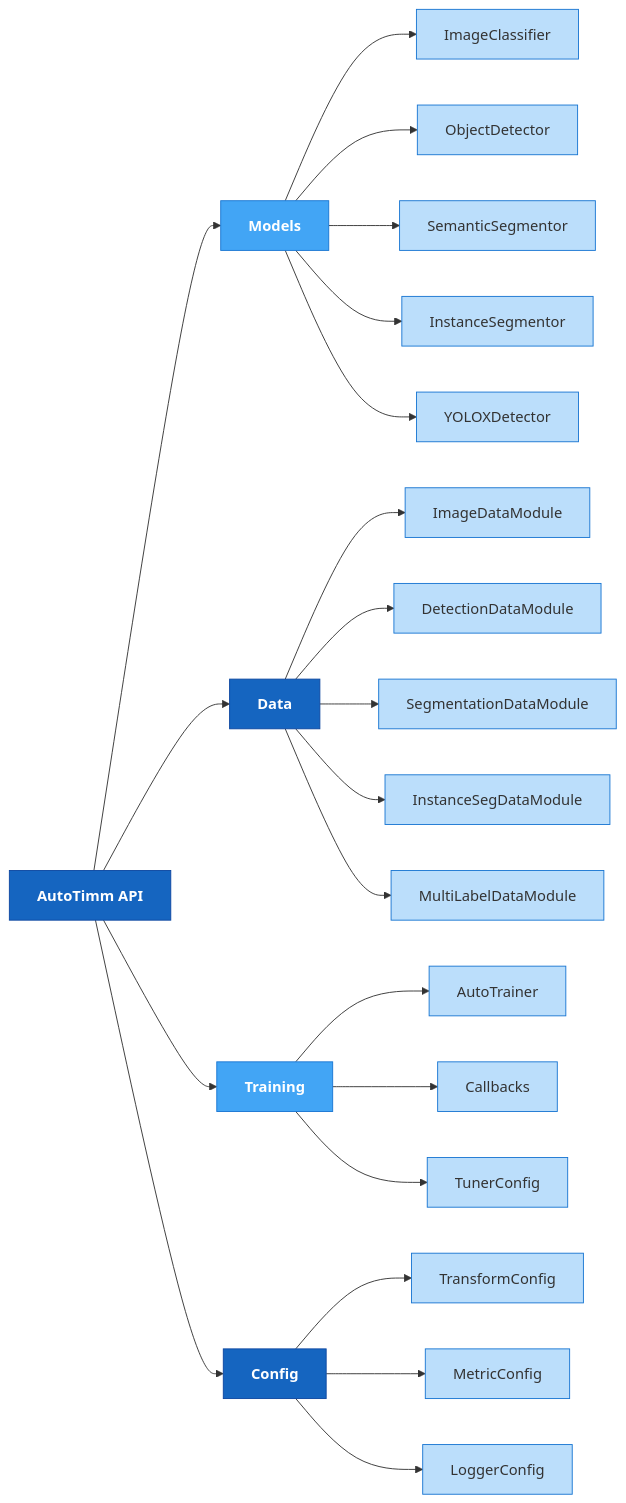
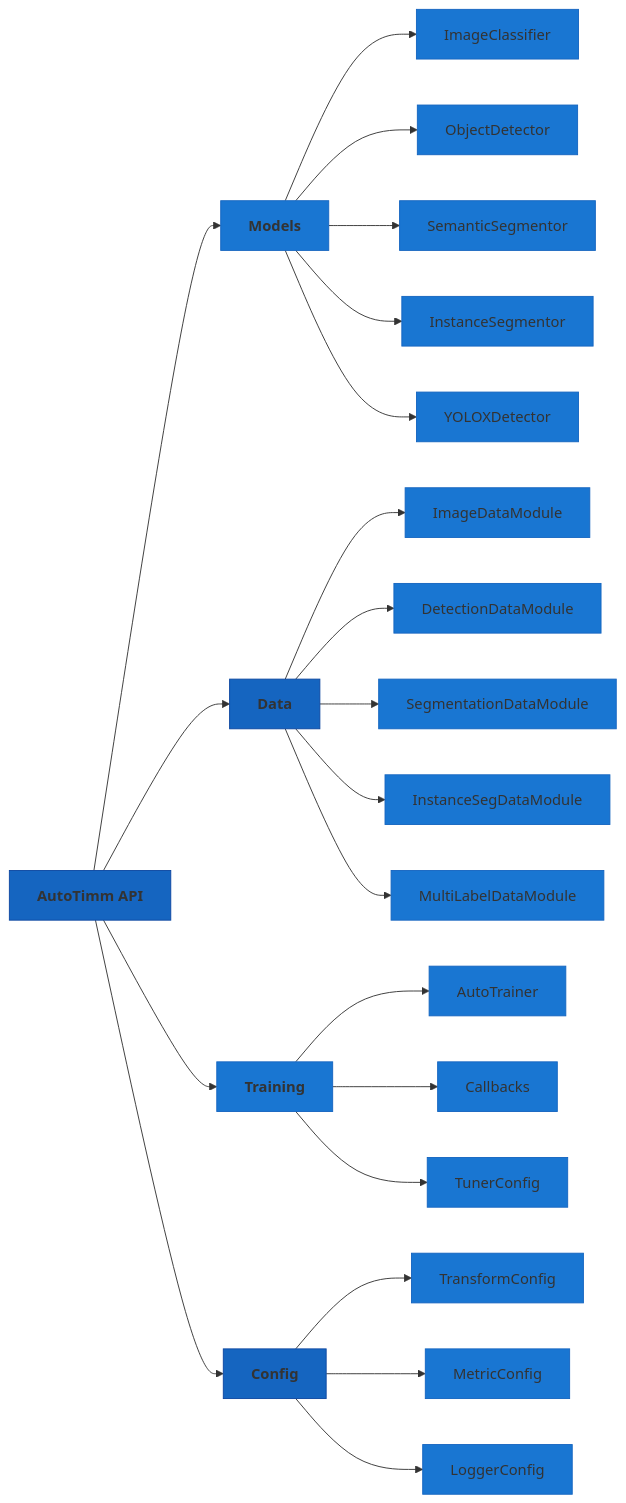
Before and after one commit to theja-vanka/AutoTimm: the diagram in docs/api/index.md, drawn with Mermaid. The commit also changed 37 other files, not shown here.

````diff
--- a/docs/api/index.md
+++ b/docs/api/index.md
@@ -7,49 +7,49 @@
 ```mermaid
 graph LR
     A[<b>AutoTimm API</b>] --> B[<b>Models</b>]
     A --> C[<b>Data</b>]
     A --> D[<b>Training</b>]
     A --> E[<b>Config</b>]
 
     B --> B1[ImageClassifier]
     B --> B2[ObjectDetector]
     B --> B3[SemanticSegmentor]
     B --> B4[InstanceSegmentor]
     B --> B5[YOLOXDetector]
 
     C --> C1[ImageDataModule]
     C --> C2[DetectionDataModule]
     C --> C3[SegmentationDataModule]
     C --> C4[InstanceSegDataModule]
     C --> C5[MultiLabelDataModule]
 
     D --> D1[AutoTrainer]
     D --> D2[Callbacks]
     D --> D3[TunerConfig]
 
     E --> E1[TransformConfig]
     E --> E2[MetricConfig]
     E --> E3[LoggerConfig]
 
-    style A fill:#1565C0,stroke:#0D47A1,color:#fff
-    style B fill:#42A5F5,stroke:#1976D2,color:#fff
-    style C fill:#1565C0,stroke:#0D47A1,color:#fff
-    style D fill:#42A5F5,stroke:#1976D2,color:#fff
-    style E fill:#1565C0,stroke:#0D47A1,color:#fff
-    style B1 fill:#BBDEFB,stroke:#1976D2
-    style B2 fill:#BBDEFB,stroke:#1976D2
-    style B3 fill:#BBDEFB,stroke:#1976D2
-    style B4 fill:#BBDEFB,stroke:#1976D2
-    style B5 fill:#BBDEFB,stroke:#1976D2
-    style C1 fill:#BBDEFB,stroke:#1976D2
-    style C2 fill:#BBDEFB,stroke:#1976D2
-    style C3 fill:#BBDEFB,stroke:#1976D2
-    style C4 fill:#BBDEFB,stroke:#1976D2
-    style C5 fill:#BBDEFB,stroke:#1976D2
-    style D1 fill:#BBDEFB,stroke:#1976D2
-    style D2 fill:#BBDEFB,stroke:#1976D2
-    style D3 fill:#BBDEFB,stroke:#1976D2
-    style E1 fill:#BBDEFB,stroke:#1976D2
-    style E2 fill:#BBDEFB,stroke:#1976D2
-    style E3 fill:#BBDEFB,stroke:#1976D2
+    style A fill:#1565C0,stroke:#0D47A1
+    style B fill:#1976D2,stroke:#1565C0
+    style C fill:#1565C0,stroke:#0D47A1
+    style D fill:#1976D2,stroke:#1565C0
+    style E fill:#1565C0,stroke:#0D47A1
+    style B1 fill:#1976D2,stroke:#1565C0
+    style B2 fill:#1976D2,stroke:#1565C0
+    style B3 fill:#1976D2,stroke:#1565C0
+    style B4 fill:#1976D2,stroke:#1565C0
+    style B5 fill:#1976D2,stroke:#1565C0
+    style C1 fill:#1976D2,stroke:#1565C0
+    style C2 fill:#1976D2,stroke:#1565C0
+    style C3 fill:#1976D2,stroke:#1565C0
+    style C4 fill:#1976D2,stroke:#1565C0
+    style C5 fill:#1976D2,stroke:#1565C0
+    style D1 fill:#1976D2,stroke:#1565C0
+    style D2 fill:#1976D2,stroke:#1565C0
+    style D3 fill:#1976D2,stroke:#1565C0
+    style E1 fill:#1976D2,stroke:#1565C0
+    style E2 fill:#1976D2,stroke:#1565C0
+    style E3 fill:#1976D2,stroke:#1565C0
 ```
````
